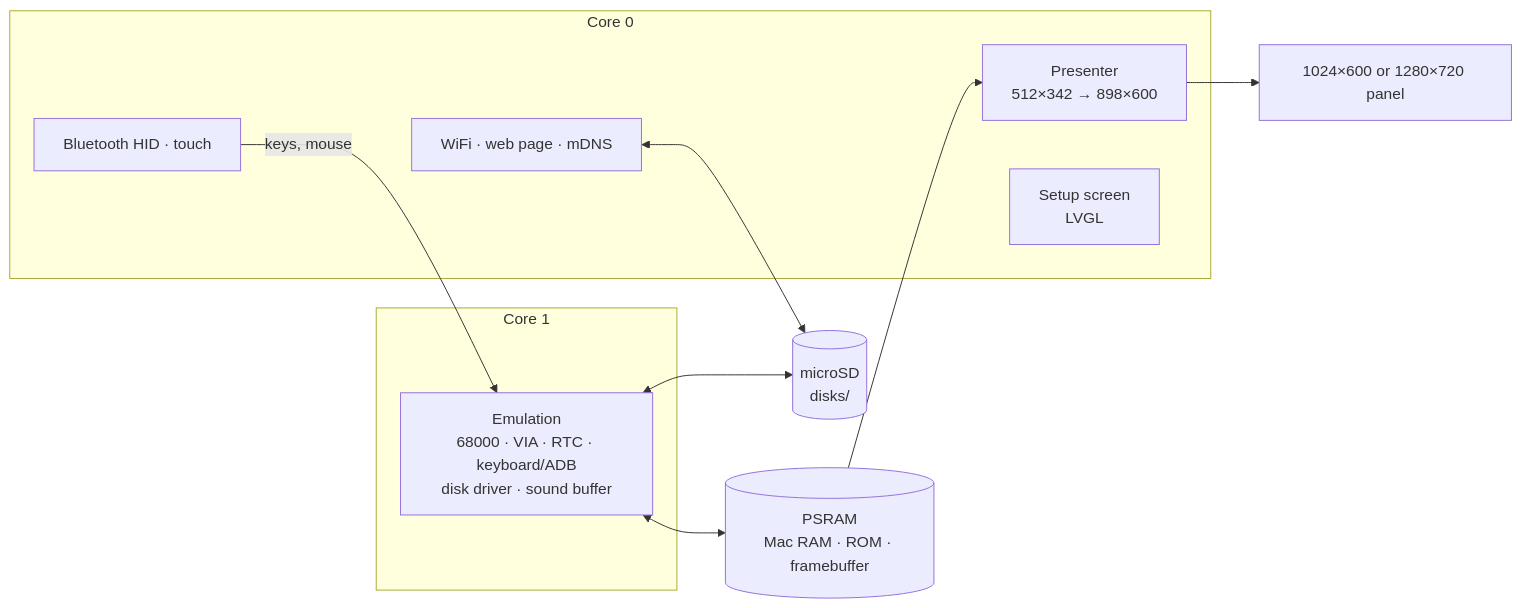
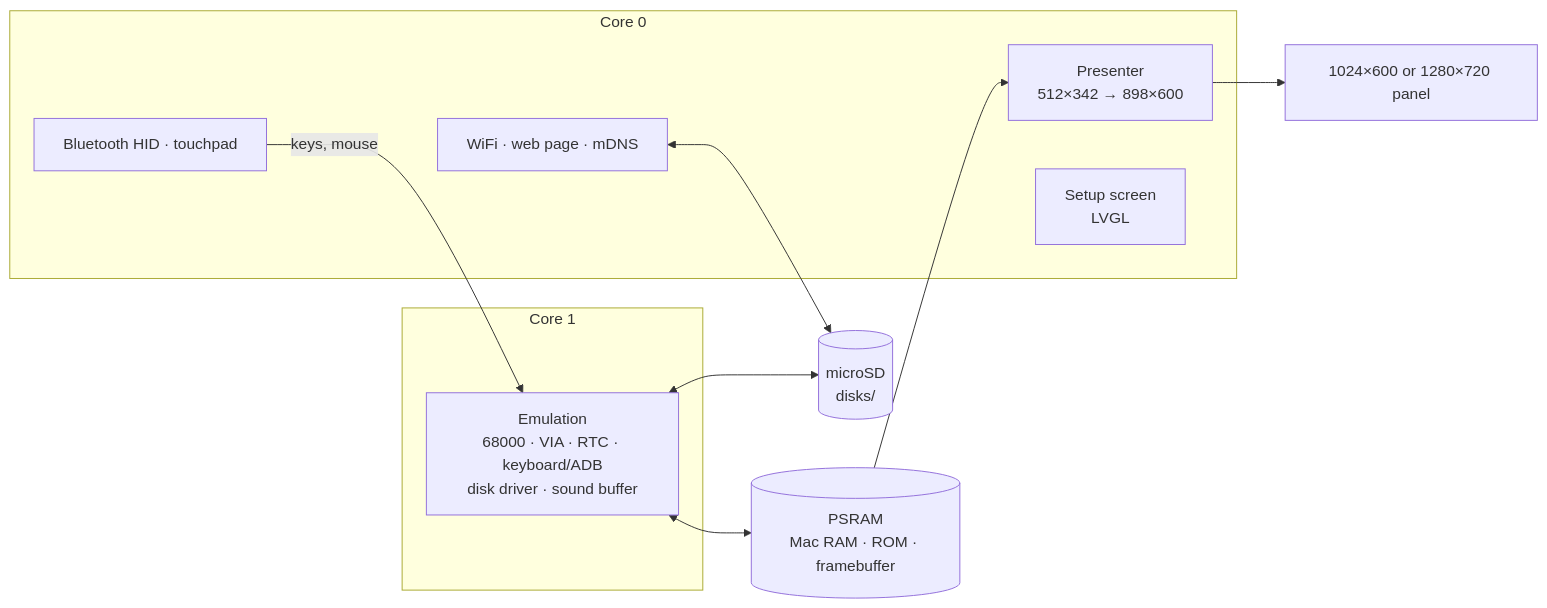
Before and after one commit to rlucencic/esp32mac: the diagram in README.md, drawn with Mermaid. The commit also changed other lines of this file and 4 other files, not shown here.

First line of the commit message:
The touch screen as a touchpad, not the pointer under the finger

````diff
--- a/README.md
+++ b/README.md
@@ -198,20 +202,20 @@
 ```mermaid
 flowchart LR
   subgraph core1 [Core 1]
     EMU["Emulation<br>68000 · VIA · RTC · keyboard/ADB<br>disk driver · sound buffer"]
   end
   subgraph core0 [Core 0]
     PRES[Presenter<br>512×342 → 898×600]
     UI[Setup screen<br>LVGL]
     NET[WiFi · web page · mDNS]
-    BLE[Bluetooth HID · touch]
+    BLE[Bluetooth HID · touchpad]
   end
   PSRAM[(PSRAM<br>Mac RAM · ROM · framebuffer)]
   SD[(microSD<br>disks/)]
   EMU <--> PSRAM
   PRES --> LCD[1024×600 or 1280×720 panel]
   PSRAM --> PRES
   BLE -- keys, mouse --> EMU
   EMU <--> SD
   NET <--> SD
 ```
````
